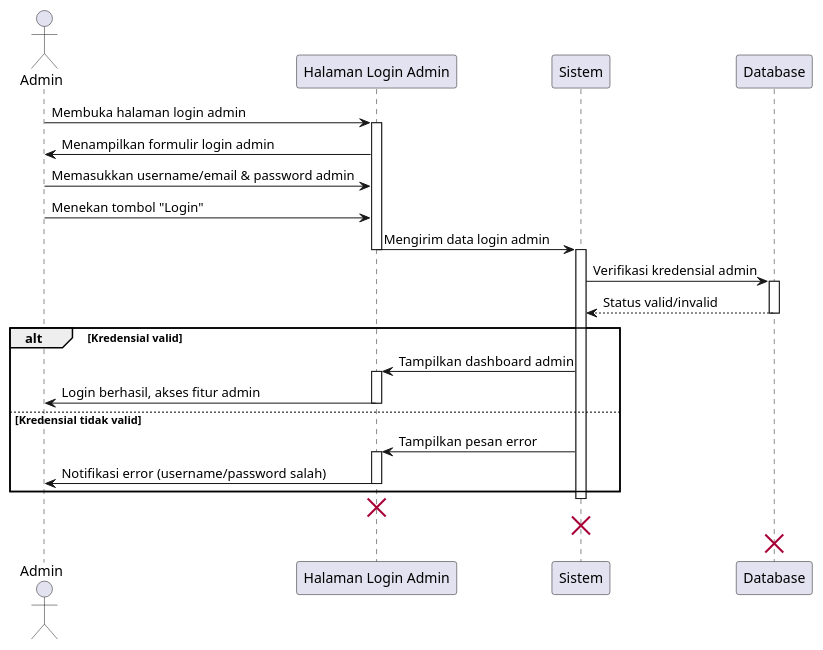
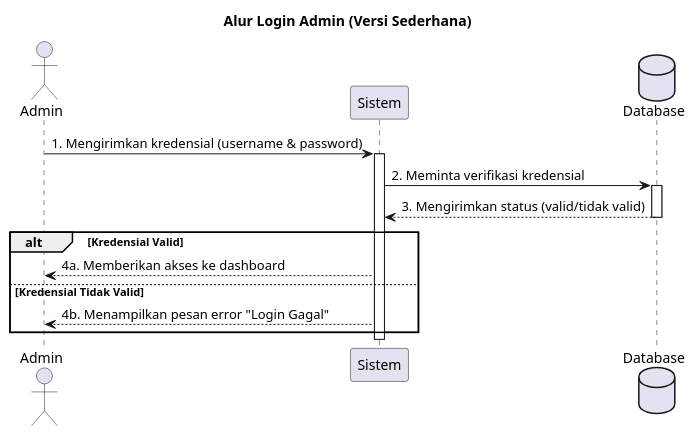
Before and after one commit to myasirnovals/Appl: the diagram in JurnalAPPL/SequenceDiagram/Admin/Login.puml, drawn with PlantUML. The commit also changed 92 other files, not shown here.

Commit message:
memperbaiki seluruh diagram

```diff
--- a/JurnalAPPL/SequenceDiagram/Admin/Login.puml
+++ b/JurnalAPPL/SequenceDiagram/Admin/Login.puml
@@ -1,40 +1,31 @@
 @startuml
+' //===== Konfigurasi Tampilan (Opsional) =====//
+' skinparam actorStyle awesome
+' skinparam sequenceParticipant underline
+' skinparam sequenceArrowingStyle open
+
+' //===== Definisi Aktor & Partisipan =====//
 actor Admin
-participant "Halaman Login Admin" as AdminLoginForm
 participant "Sistem" as System
-participant "Database" as DB
+database "Database" as DB
 
-Admin -> AdminLoginForm : Membuka halaman login admin
-activate AdminLoginForm
-AdminLoginForm -> Admin : Menampilkan formulir login admin
+' //===== Alur Diagram =====//
+title Alur Login Admin (Versi Sederhana)
 
-Admin -> AdminLoginForm : Memasukkan username/email & password admin
-Admin -> AdminLoginForm : Menekan tombol "Login"
-AdminLoginForm -> System : Mengirim data login admin
-deactivate AdminLoginForm
+Admin -> System : 1. Mengirimkan kredensial (username & password)
+activate System
 
-activate System
-System -> DB : Verifikasi kredensial admin
+System -> DB : 2. Meminta verifikasi kredensial
 activate DB
-DB --> System : Status valid/invalid
+DB --> System : 3. Mengirimkan status (valid/tidak valid)
 deactivate DB
 
-alt Kredensial valid
-    System -> AdminLoginForm : Tampilkan dashboard admin
-    activate AdminLoginForm
-    AdminLoginForm -> Admin : Login berhasil, akses fitur admin
-    deactivate AdminLoginForm
-else Kredensial tidak valid
-    System -> AdminLoginForm : Tampilkan pesan error
-    activate AdminLoginForm
-    AdminLoginForm -> Admin : Notifikasi error (username/password salah)
-    deactivate AdminLoginForm
+alt Kredensial Valid
+    System --> Admin : 4a. Memberikan akses ke dashboard
+else Kredensial Tidak Valid
+    System --> Admin : 4b. Menampilkan pesan error "Login Gagal"
 end
 
 deactivate System
 
-destroy AdminLoginForm
-destroy System
-destroy DB
-
 @enduml
```
